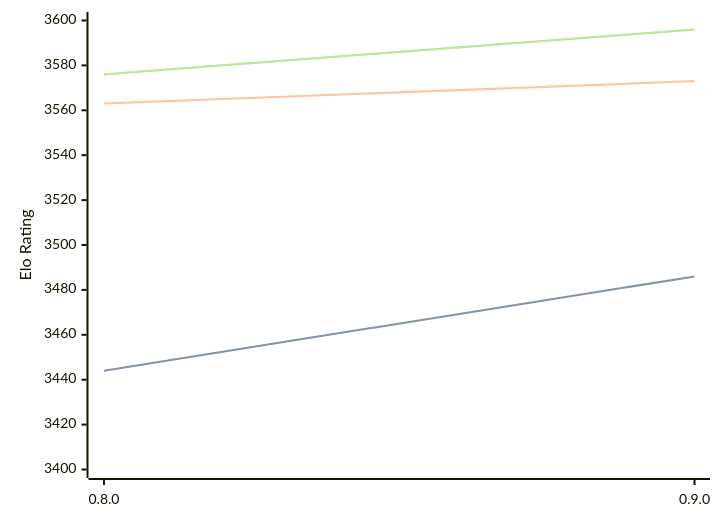
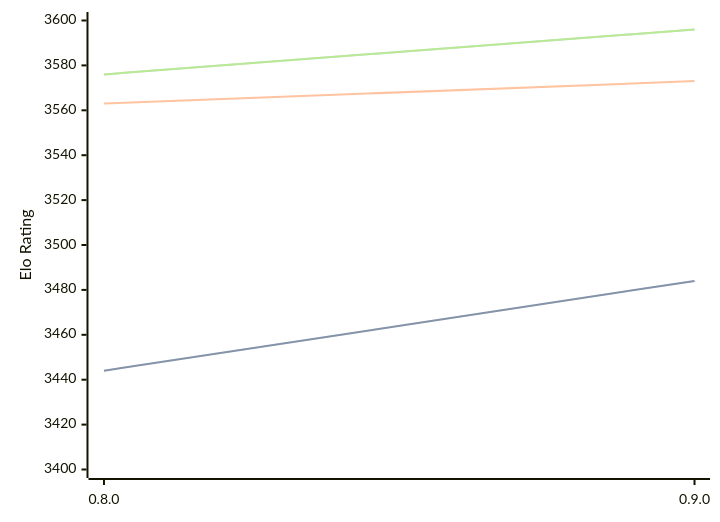
One commit to computer-chess-index/cci changed the diagram in engines/Reckless.md. Above: the diagram before and after it, drawn with Mermaid. The commit also changed other lines of this file, not shown here.

````diff
--- a/engines/Reckless.md
+++ b/engines/Reckless.md
@@ -32,11 +32,11 @@
 ```mermaid
 %%{init: {"theme":"base","themeVariables":{"seriesColors:['#a3a3a3','#222221','#faa371']}}}%%
 xychart-beta
   x-axis ["0.8.0", "0.9.0"]
   y-axis "Elo Rating" 3400 --> 3600
-  line "" [3444, 3486]
-  line "STC (8.0+0.08s)" [3444, 3486]
+  line "" [3444, 3484]
+  line "STC (8.0+0.08s)" [3444, 3484]
   line "LTC (60.0+0.60s)" [3563, 3573]
   line "" [3576, 3596]
   line "VLTC (2m24s+1.12s)" [3576, 3596]
 ```
````
